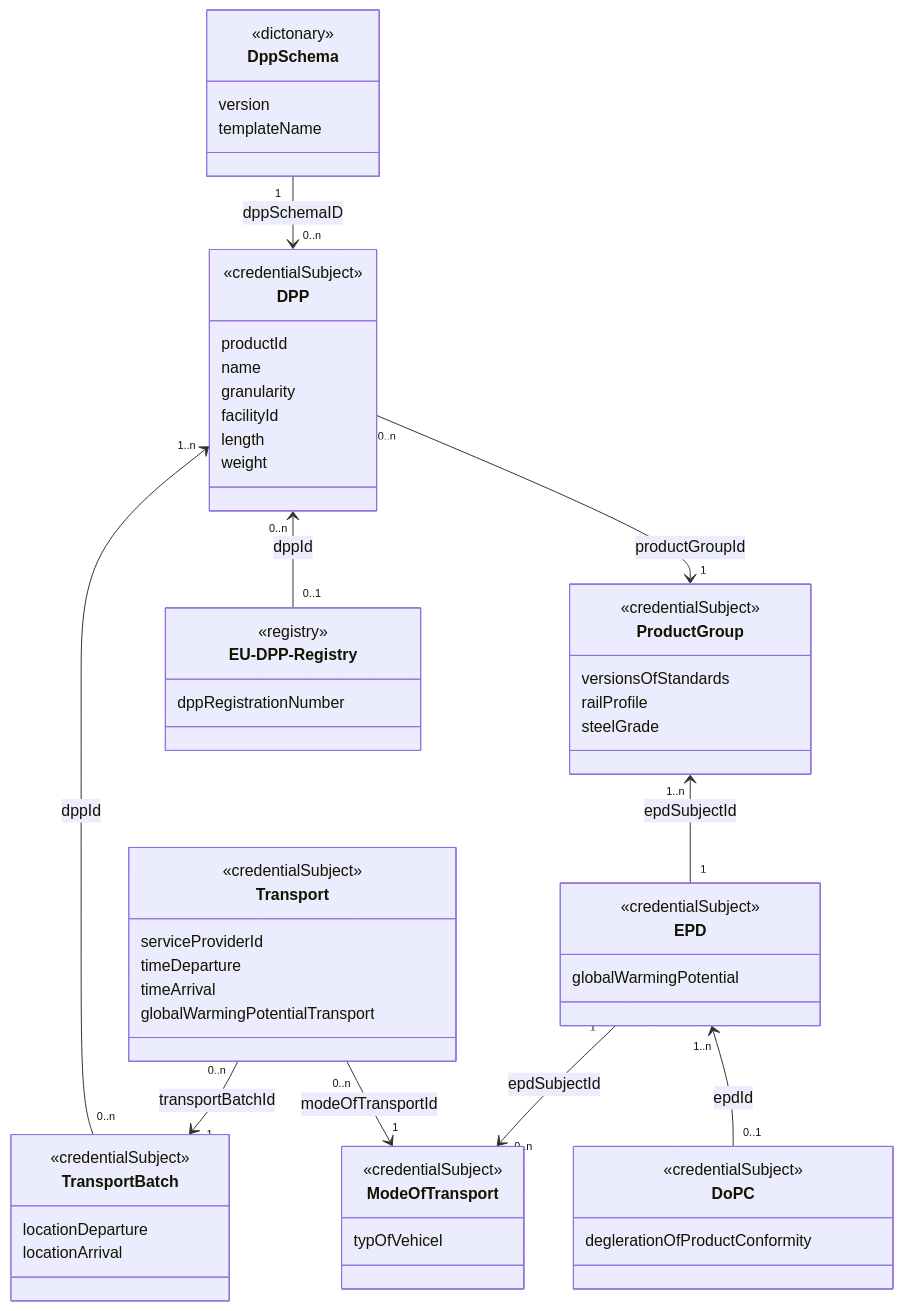
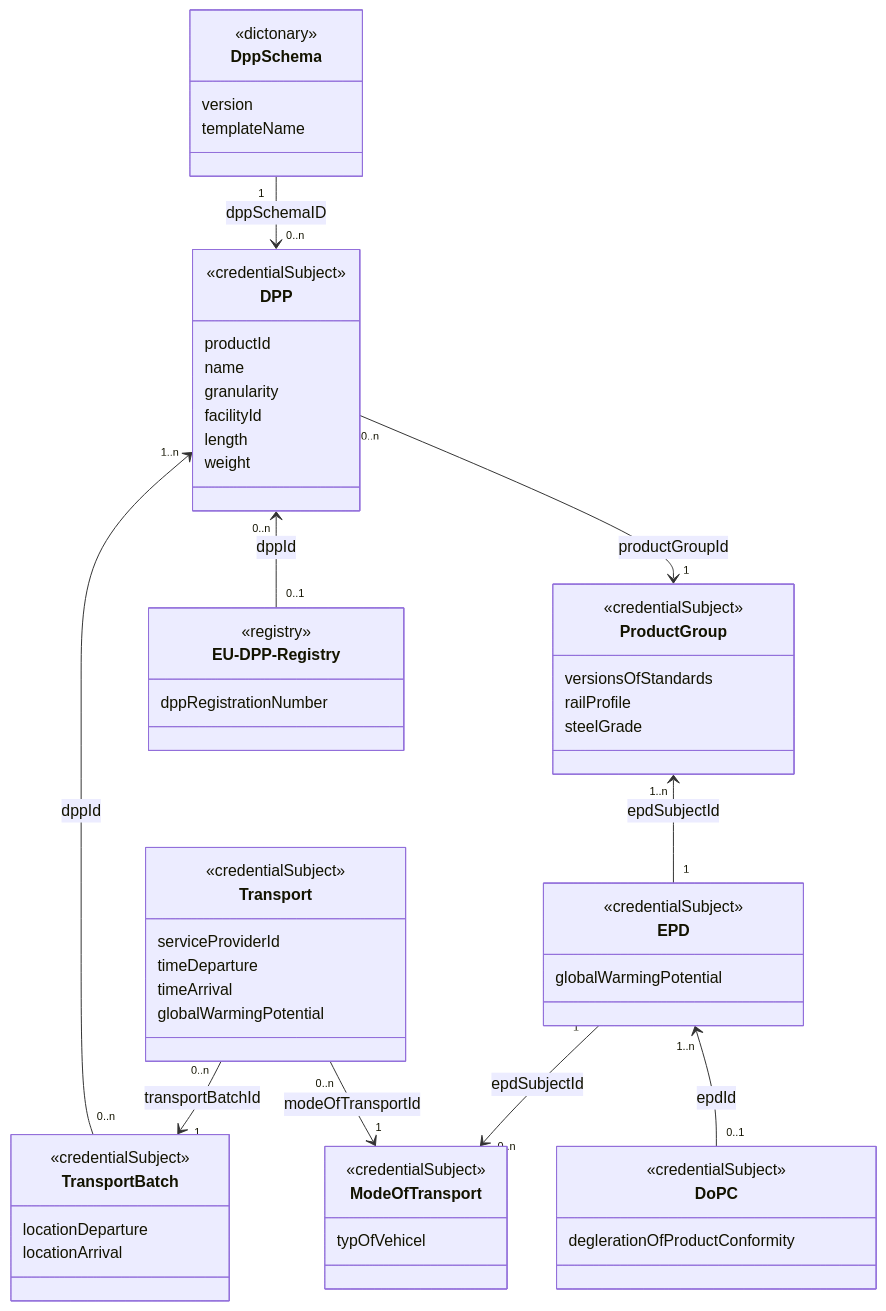
One commit to railway-dpp/vocabulary changed the diagram in docs/rdpp/v0.1/class-diagram.mermaid. Above: the diagram before and after it, drawn with Mermaid. The commit also changed 9 other files, not shown here.

Commit message:
chore: add globalWarmingPotential to Transport

```diff
--- a/docs/rdpp/v0.1/class-diagram.mermaid
+++ b/docs/rdpp/v0.1/class-diagram.mermaid
@@ -1,67 +1,67 @@
 classDiagram
     class ProductGroup {
         <<credentialSubject>>
         versionsOfStandards
         railProfile
         steelGrade
     }
 
     class Transport {
         <<credentialSubject>>
         serviceProviderId
         timeDeparture
         timeArrival
-        globalWarmingPotentialTransport
+        globalWarmingPotential
     }
 
     class TransportBatch {
         <<credentialSubject>>
         locationDeparture
         locationArrival
     }
 
     class DPP {
         <<credentialSubject>>
         productId
         name
         granularity
         facilityId
         length
         weight
     }
 
     class EU-DPP-Registry {
         <<registry>>
         dppRegistrationNumber
     }
 
     class DppSchema {
         <<dictonary>>
         version
         templateName
     }
     class DoPC {
         <<credentialSubject>>
         deglerationOfProductConformity
     }
 
     class EPD {
         <<credentialSubject>>
         globalWarmingPotential
     }
 
     class ModeOfTransport {
         <<credentialSubject>>
-       typOfVehicel       
+       typOfVehicel
 
     }
 
     EPD "1" --> "0..n" ModeOfTransport: epdSubjectId
     Transport "0..n" --> "1" ModeOfTransport: modeOfTransportId
     Transport "0..n" --> "1" TransportBatch: transportBatchId
     DPP "1..n" <-- "0..n" TransportBatch: dppId
     DPP "0..n" <-- "0..1" EU-DPP-Registry: dppId
     DPP "0..n" --> "1" ProductGroup: productGroupId
     ProductGroup "1..n" <-- "1" EPD: epdSubjectId
     EPD "1..n" <-- "0..1" DoPC: epdId
     DppSchema "1" --> "0..n" DPP: dppSchemaID
```
